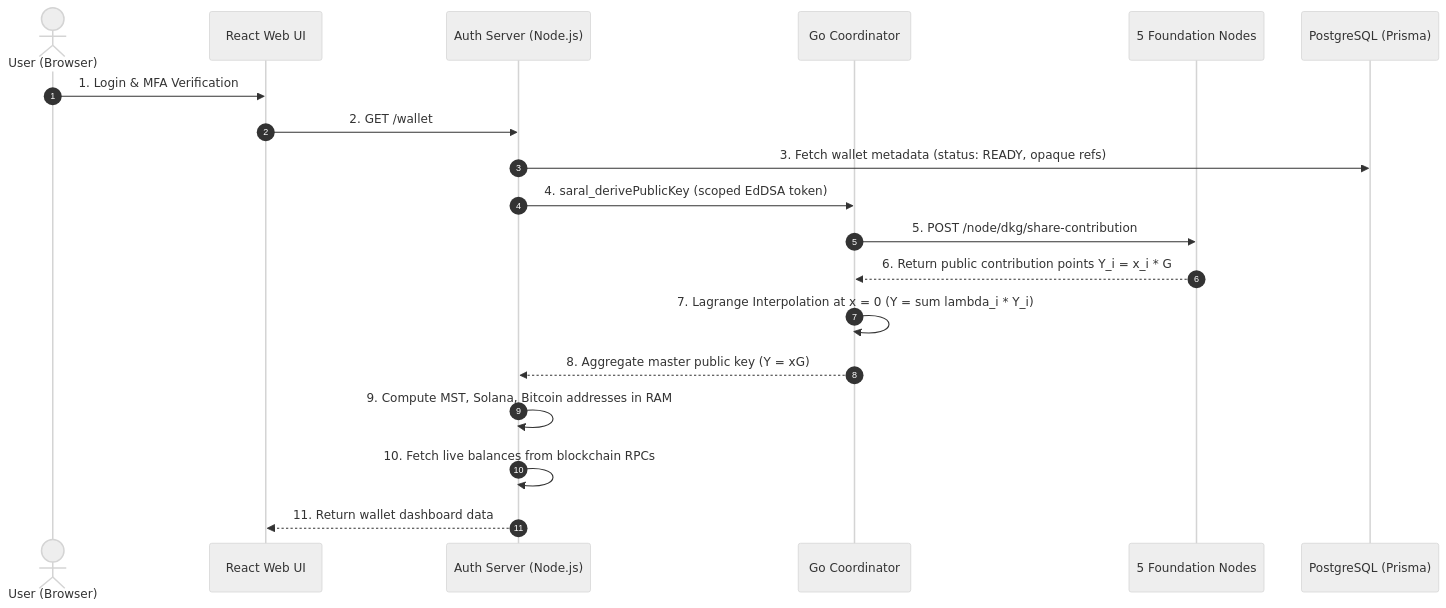
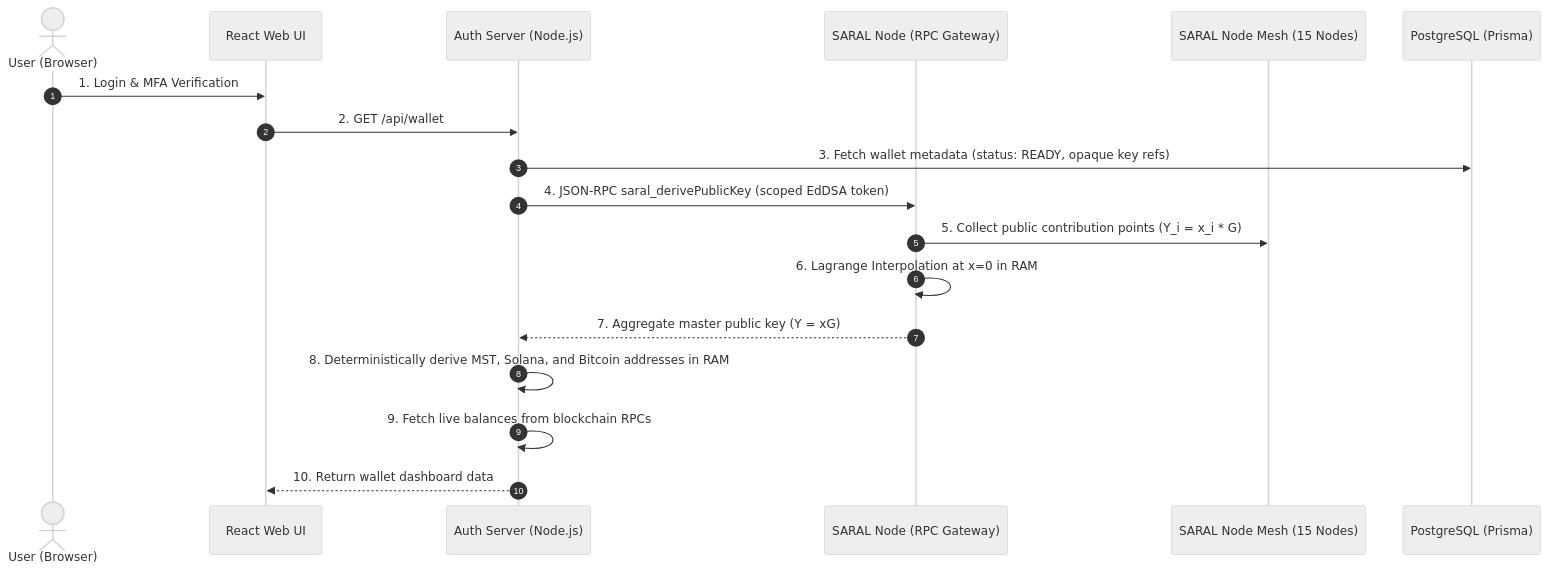
Before and after one commit to shubhammongoosetech/saral-poc: the fourth of 4 diagrams in SARAL_ARCHITECTURE.md, drawn with Mermaid (neutral theme). The commit also changed other lines of this file and 82 other files, not shown here.

First line of the commit message:
feat(arch): remove coordinator and verifier nodes; establish 2-component architecture

````diff
--- a/SARAL_ARCHITECTURE.md
+++ b/SARAL_ARCHITECTURE.md
@@ -260,22 +285,21 @@
 ```mermaid
 sequenceDiagram
     autonumber
     actor User as User (Browser)
     participant UI as React Web UI
     participant Auth as Auth Server (Node.js)
-    participant Coord as Go Coordinator
-    participant Nodes as 5 Foundation Nodes
+    participant Node as SARAL Node (RPC Gateway)
+    participant Mesh as SARAL Node Mesh (15 Nodes)
     participant DB as PostgreSQL (Prisma)
 
     User->>UI: 1. Login & MFA Verification
-    UI->>Auth: 2. GET /wallet
-    Auth->>DB: 3. Fetch wallet metadata (status: READY, opaque refs)
-    Auth->>Coord: 4. saral_derivePublicKey (scoped EdDSA token)
-    Coord->>Nodes: 5. POST /node/dkg/share-contribution
-    Nodes-->>Coord: 6. Return public contribution points Y_i = x_i * G
-    Coord->>Coord: 7. Lagrange Interpolation at x = 0 (Y = sum lambda_i * Y_i)
-    Coord-->>Auth: 8. Aggregate master public key (Y = xG)
-    Auth->>Auth: 9. Compute MST, Solana, Bitcoin addresses in RAM
-    Auth->>Auth: 10. Fetch live balances from blockchain RPCs
-    Auth-->>UI: 11. Return wallet dashboard data
+    UI->>Auth: 2. GET /api/wallet
+    Auth->>DB: 3. Fetch wallet metadata (status: READY, opaque key refs)
+    Auth->>Node: 4. JSON-RPC saral_derivePublicKey (scoped EdDSA token)
+    Node->>Mesh: 5. Collect public contribution points (Y_i = x_i * G)
+    Node->>Node: 6. Lagrange Interpolation at x=0 in RAM
+    Node-->>Auth: 7. Aggregate master public key (Y = xG)
+    Auth->>Auth: 8. Deterministically derive MST, Solana, and Bitcoin addresses in RAM
+    Auth->>Auth: 9. Fetch live balances from blockchain RPCs
+    Auth-->>UI: 10. Return wallet dashboard data
 ```
````
